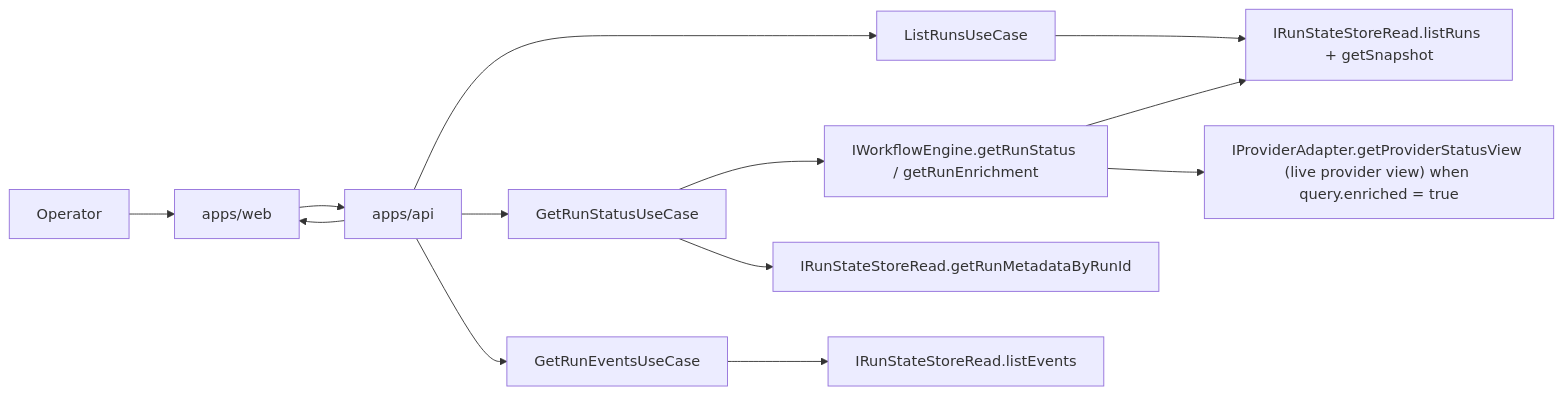
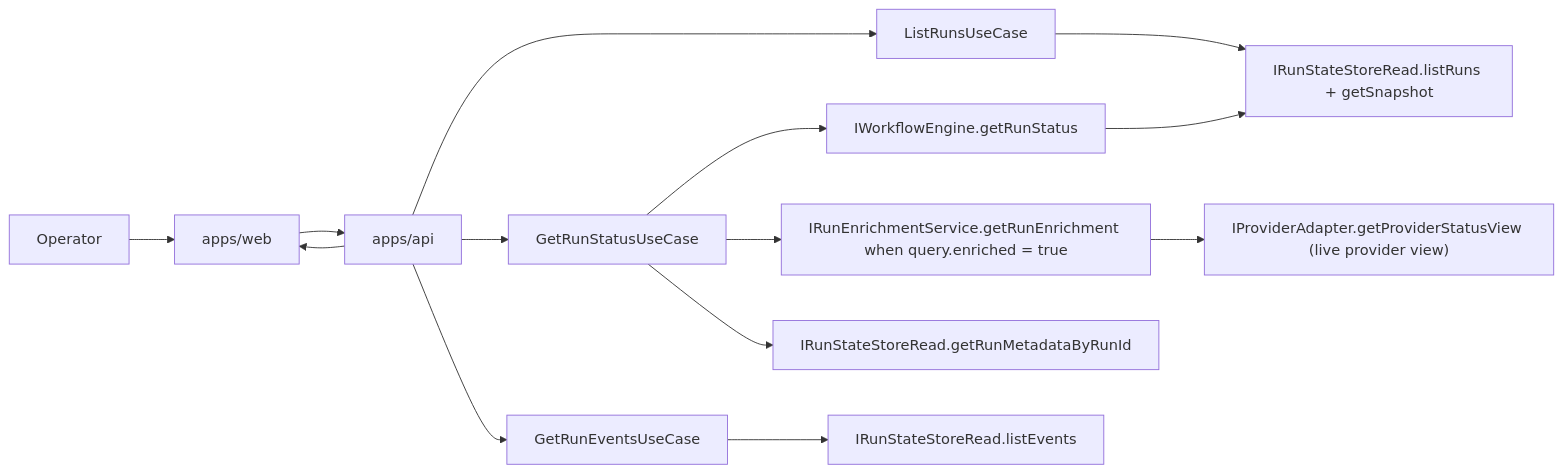
The diagram in docs/architecture/system/subsystems/read/index.md (dunay2/dvt), drawn with Mermaid before and after one commit. The commit also changed other lines of this file and 11 other files, not shown here.

````diff
--- a/docs/architecture/system/subsystems/read/index.md
+++ b/docs/architecture/system/subsystems/read/index.md
@@ -18,15 +18,16 @@
 ```mermaid
 flowchart LR
   Operator["Operator"] --> Web["apps/web"]
   Web --> Api["apps/api"]
   Api --> ListRuns["ListRunsUseCase"]
   Api --> GetRun["GetRunStatusUseCase"]
   Api --> GetEvents["GetRunEventsUseCase"]
   ListRuns --> StateRead["IRunStateStoreRead.listRuns + getSnapshot"]
-  GetRun --> Engine["IWorkflowEngine.getRunStatus / getRunEnrichment"]
+  GetRun --> Engine["IWorkflowEngine.getRunStatus"]
+  GetRun --> Enrich["IRunEnrichmentService.getRunEnrichment when query.enriched = true"]
   GetRun --> Metadata["IRunStateStoreRead.getRunMetadataByRunId"]
   GetEvents --> EventStore["IRunStateStoreRead.listEvents"]
   Engine --> StateRead
-  Engine --> Provider["IProviderAdapter.getProviderStatusView (live provider view) when query.enriched = true"]
+  Enrich --> Provider["IProviderAdapter.getProviderStatusView (live provider view)"]
   Api --> Web
 ```
````
